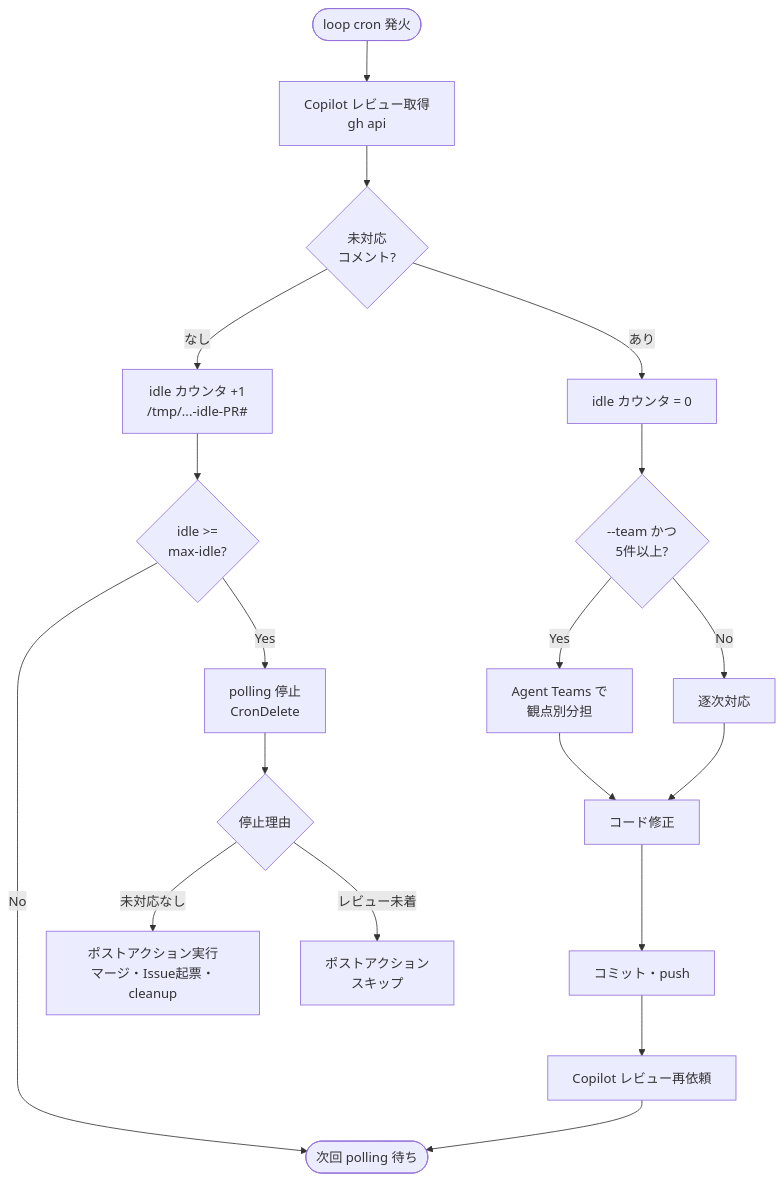
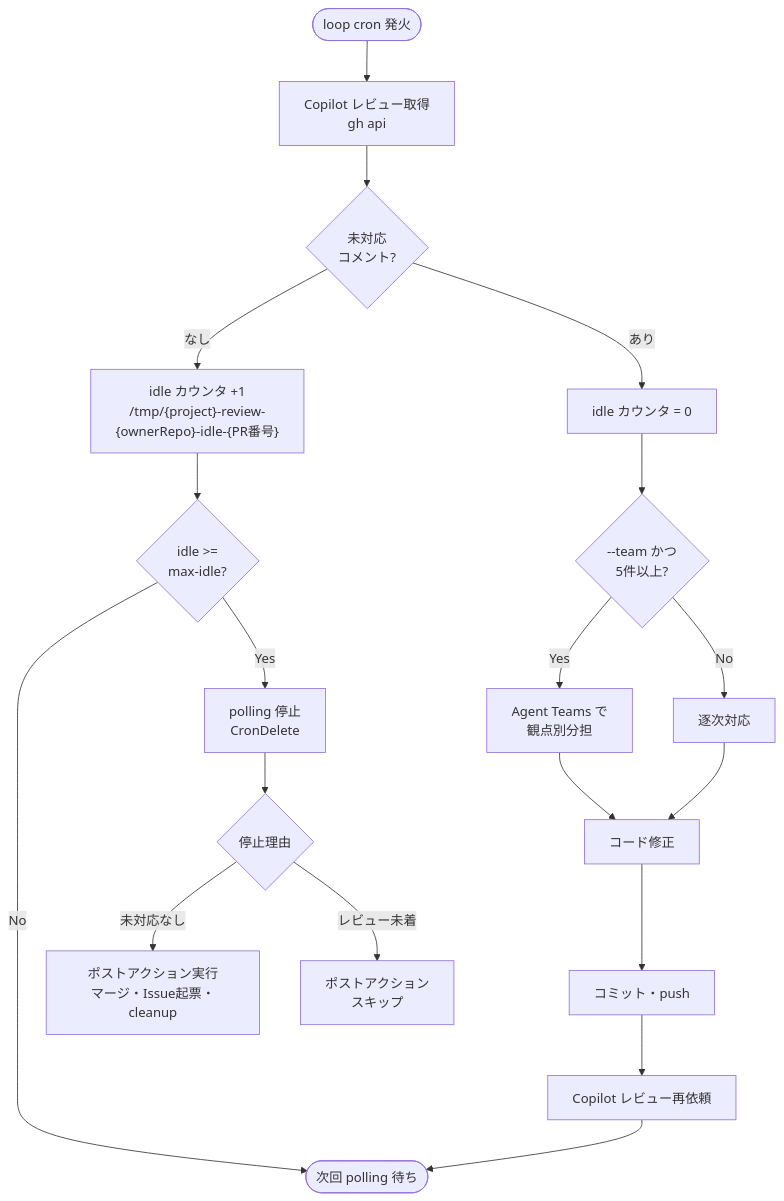
One commit to KdavisO/claude-project-template changed the third of 8 diagrams in docs/command-orchestration.md. Above: the diagram before and after it, drawn with Mermaid. The commit also changed other lines of this file, not shown here.

First line of the commit message:
fix: Copilot再レビュー指摘に基づくフロー図の修正（第2ラウンド）

````diff
--- a/docs/command-orchestration.md
+++ b/docs/command-orchestration.md
@@ -99,24 +99,24 @@
 ```mermaid
 flowchart TD
     Trigger(["loop cron 発火"]) --> FetchReview["Copilot レビュー取得\ngh api"]
     FetchReview --> HasComments{"未対応\nコメント?"}
 
-    HasComments -->|"なし"| IncrIdle["idle カウンタ +1\n/tmp/...-idle-PR#"]
+    HasComments -->|"なし"| IncrIdle["idle カウンタ +1\n/tmp/{project}-review-{ownerRepo}-idle-{PR番号}"]
     IncrIdle --> CheckIdle{"idle >= \nmax-idle?"}
     CheckIdle -->|"No"| WaitNext(["次回 polling 待ち"])
     CheckIdle -->|"Yes"| StopPoll["polling 停止\nCronDelete"]
 
     HasComments -->|"あり"| ResetIdle["idle カウンタ = 0"]
     ResetIdle --> TeamCheck{"--team かつ\n5件以上?"}
     TeamCheck -->|"Yes"| AgentTeams["Agent Teams で\n観点別分担"]
     TeamCheck -->|"No"| Sequential["逐次対応"]
     AgentTeams --> FixCode["コード修正"]
     Sequential --> FixCode
     FixCode --> CommitFix["コミット・push"]
     CommitFix --> ReRequest["Copilot レビュー再依頼"]
     ReRequest --> WaitNext
 
     StopPoll --> StopReason{"停止理由"}
     StopReason -->|"未対応なし"| PostAction["ポストアクション実行\nマージ・Issue起票・cleanup"]
     StopReason -->|"レビュー未着"| NoAction["ポストアクション\nスキップ"]
 ```
````
